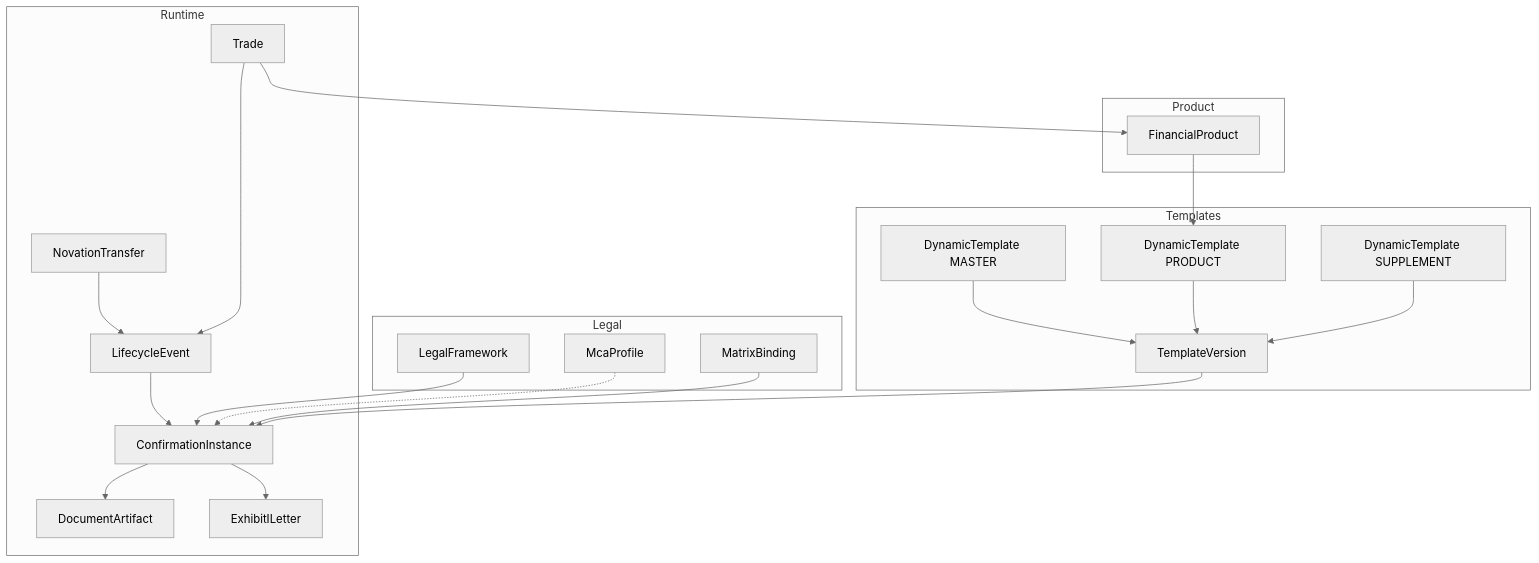
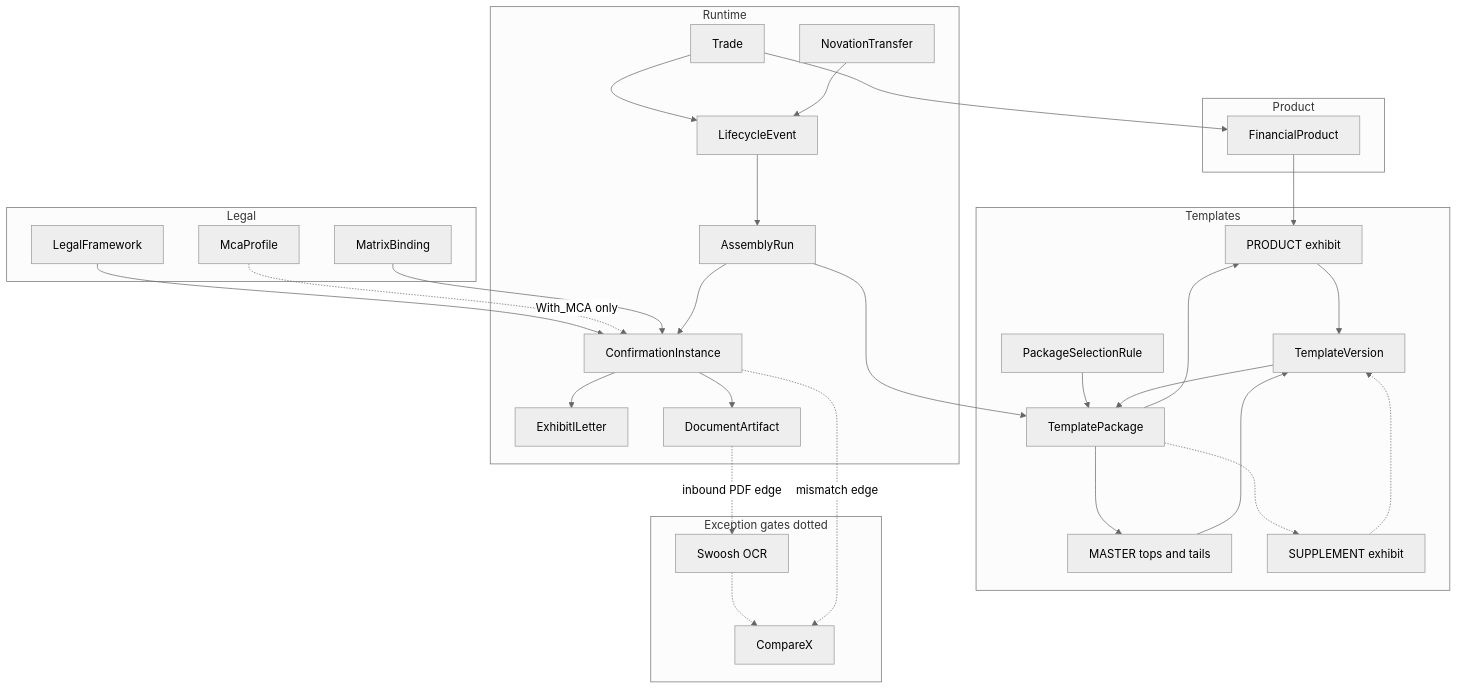
The first of 15 diagrams in docs/prd-cdu-ps-v1.md (dae-nan/con4m8ions), drawn with Mermaid (neutral theme) before and after one commit. The commit also changed other lines of this file and 6 other files, not shown here.

First line of the commit message:
PRD v1.3: target arch, DDD, timeline, TemplatePackage LDM

````diff
--- a/docs/prd-cdu-ps-v1.md
+++ b/docs/prd-cdu-ps-v1.md
@@ -113,39 +80,56 @@
 ```mermaid
 flowchart TB
   subgraph legalBox [Legal]
     LF[LegalFramework]
     MCA[McaProfile]
     MB[MatrixBinding]
   end
   subgraph productBox [Product]
     FP[FinancialProduct]
   end
   subgraph templateBox [Templates]
-    DTM[DynamicTemplate MASTER]
-    DTP[DynamicTemplate PRODUCT]
-    DTS[DynamicTemplate SUPPLEMENT]
+    PKG[TemplatePackage]
+    DTM[MASTER tops and tails]
+    DTP[PRODUCT exhibit]
+    DTS[SUPPLEMENT exhibit]
     TV[TemplateVersion]
+    RULE[PackageSelectionRule]
   end
   subgraph runtimeBox [Runtime]
     TR[Trade]
+    AR[AssemblyRun]
     CI[ConfirmationInstance]
     EI[ExhibitILetter]
     DA[DocumentArtifact]
     LE[LifecycleEvent]
     NV[NovationTransfer]
   end
+  subgraph exceptions [Exception gates dotted]
+    SW[Swoosh OCR]
+    CX[CompareX]
+  end
+
   FP --> DTP
   LF --> CI
-  MCA -.-> CI
+  MCA -.->|With_MCA only| CI
   MB --> CI
+  PKG --> DTM
+  PKG --> DTP
+  PKG -.-> DTS
+  RULE --> PKG
   DTM --> TV
   DTP --> TV
-  DTS --> TV
-  TV --> CI
+  DTS -.-> TV
+  TV --> PKG
   TR --> FP
   TR --> LE
-  LE --> CI
+  LE --> AR
+  AR --> PKG
+  AR --> CI
   CI --> EI
   CI --> DA
   NV --> LE
+  DA -.->|inbound PDF edge| SW
+  SW -.-> CX
+  CI -.->|mismatch edge| CX
 ```
````
